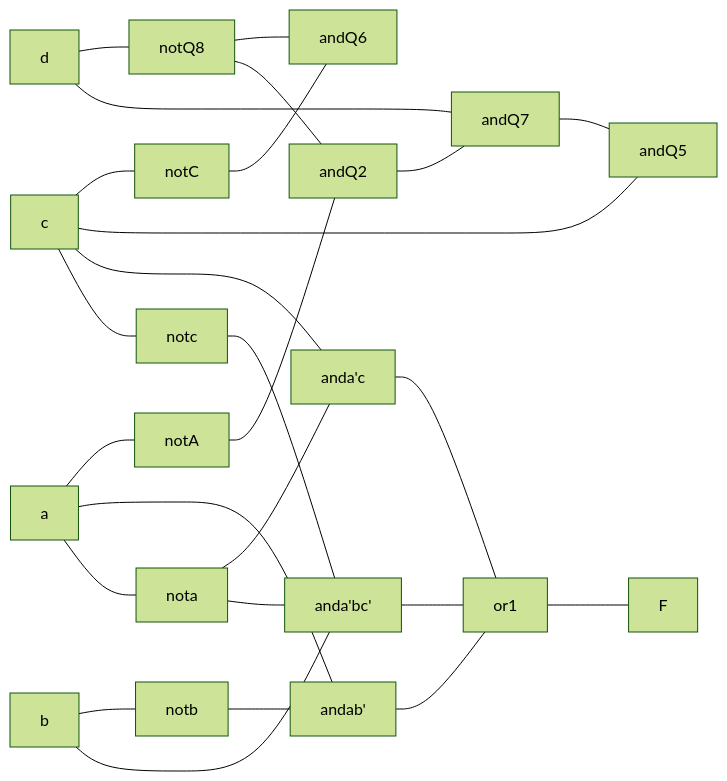
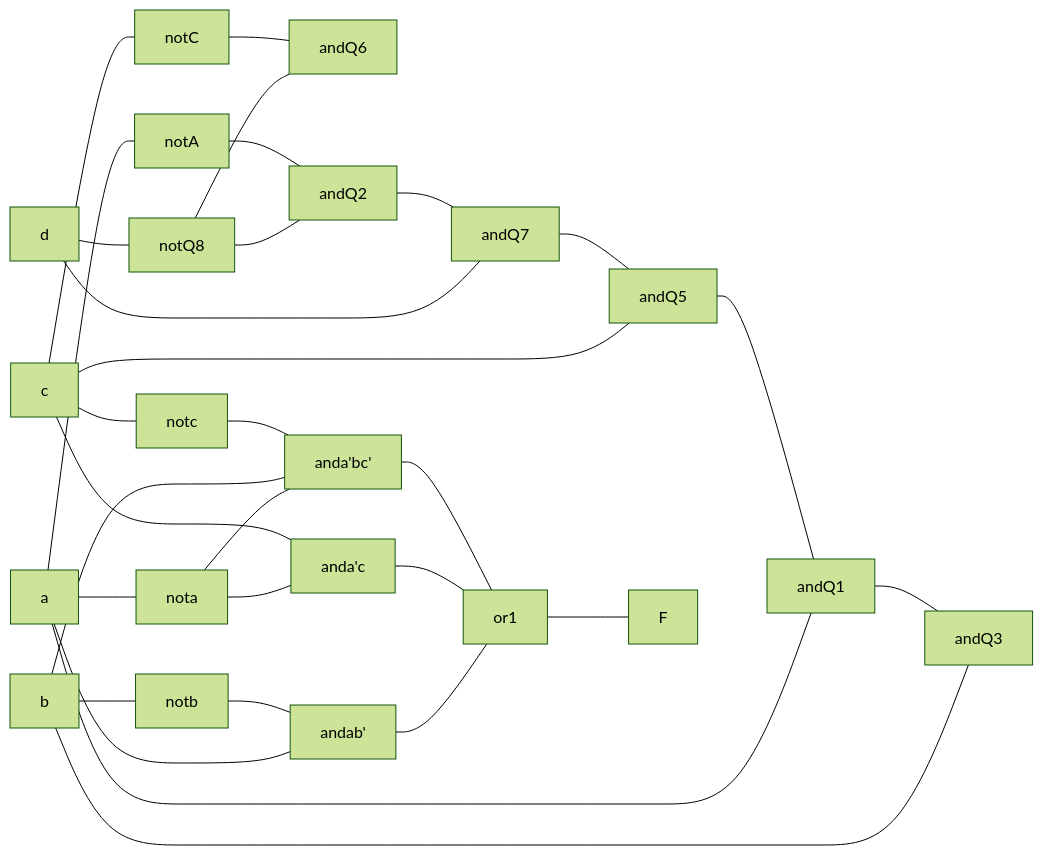
The first of 2 diagrams in CSDS 281 - Logic Design/HW/3/Tables.md (tnichols217/notes), drawn with Mermaid (forest theme) before and after one commit.

Commit message:
vault backup: 2024-02-14 19:19:20

````diff
--- a/CSDS 281 - Logic Design/HW/3/Tables.md
+++ b/CSDS 281 - Logic Design/HW/3/Tables.md
@@ -2,34 +2,38 @@
 ```mermaid
 flowchart LR
 
 d --- notQ8
 
 c --- notC
 
 notQ8 & notC --- andQ6
 
 a --- notA
 
 notQ8 & notA --- andQ2
 
 d & andQ2 --- andQ7
 
 c & andQ7 --- andQ5
+
+a & andQ5 --- andQ1
+
+b & andQ1 --- andQ3
 
 
 
 
 
 b --- notb
 a & notb --- andab'
 
 a --- nota
 nota & c --- anda'c
 
 c --- notc
 nota & b & notc --- anda'bc'
 
 andab' & anda'c & anda'bc' --- or1
 
 or1 --- F
 ```
````
